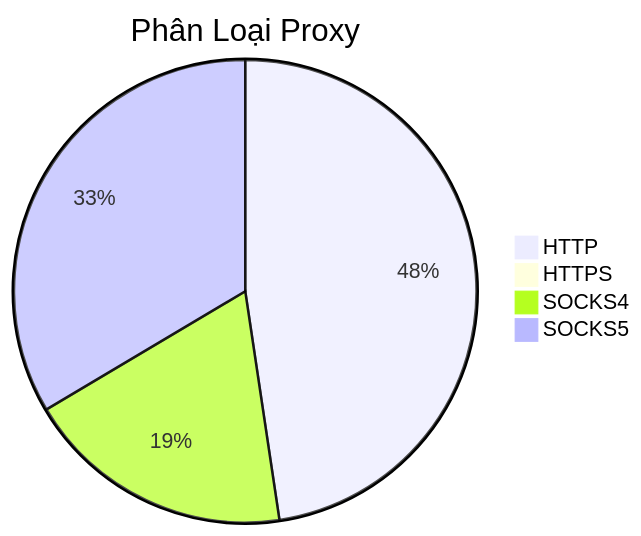
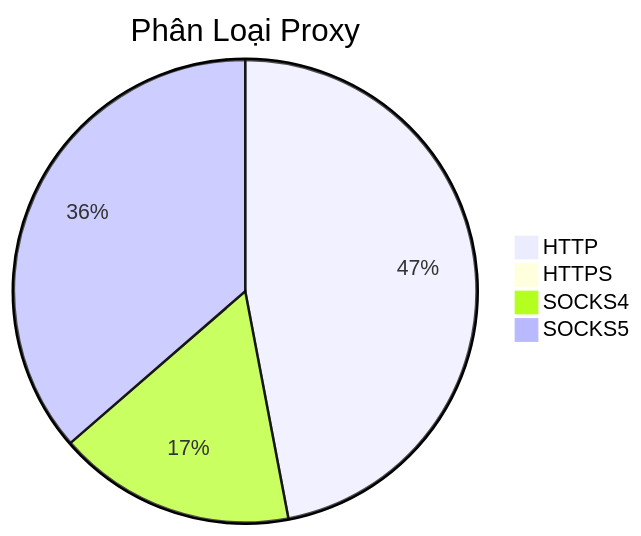
The diagram in README.md (Ciara-12/PROXY-free), drawn with Mermaid before and after one commit. The commit also changed other lines of this file and 4 other files, not shown here.

````diff
--- a/README.md
+++ b/README.md
@@ -26,7 +26,7 @@
 ```mermaid
 pie title Phân Loại Proxy
-    "HTTP" : 544
-    "HTTPS" : 2
-    "SOCKS4" : 215
-    "SOCKS5" : 383
+    "HTTP" : 566
+    "HTTPS" : 1
+    "SOCKS4" : 200
+    "SOCKS5" : 438
 ```
````
